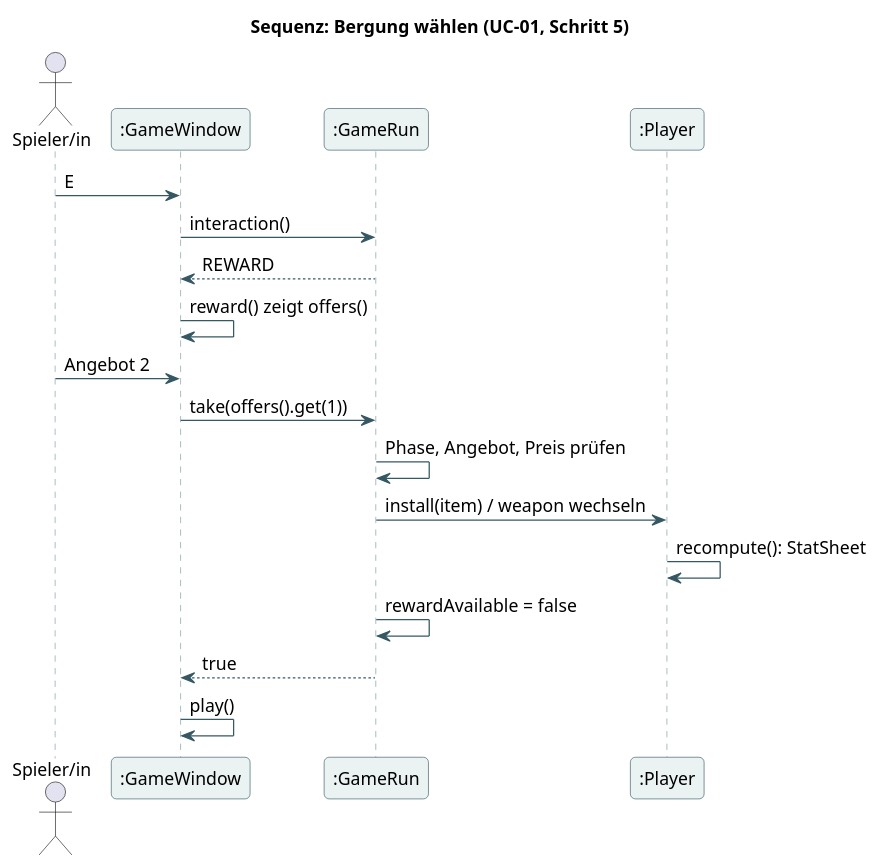
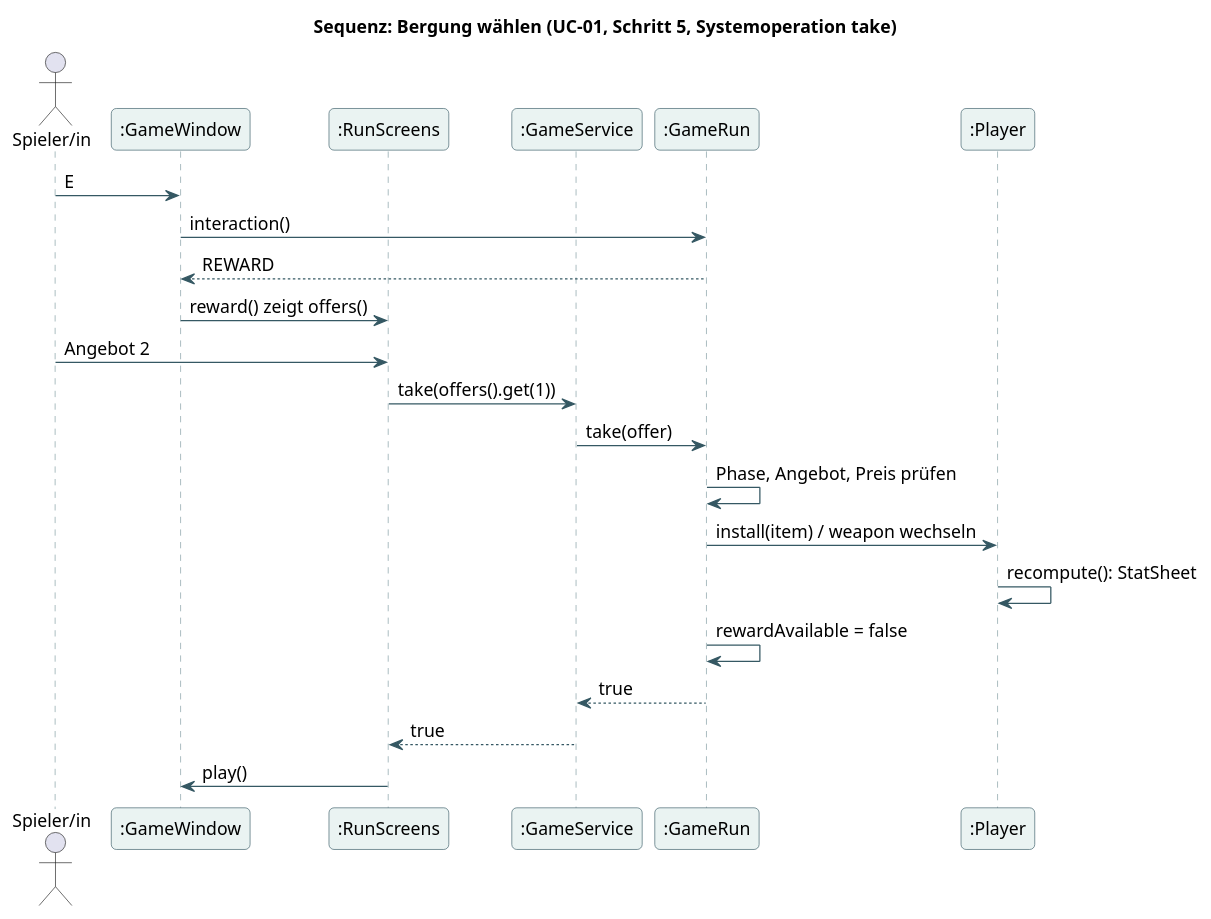
One commit to bassdav2/abyss changed the diagram in docs/diagrams/08-reward-sequence.puml. Above: the diagram before and after it, drawn with PlantUML. The commit also changed 31 other files, not shown here.

```diff
--- a/docs/diagrams/08-reward-sequence.puml
+++ b/docs/diagrams/08-reward-sequence.puml
@@ -1,38 +1,42 @@
 @startuml
 skinparam backgroundColor #FFFFFF
 skinparam defaultFontName Arial
 skinparam defaultFontSize 14
 skinparam shadowing false
 skinparam roundcorner 8
 skinparam ArrowColor #355863
 skinparam classBackgroundColor #EAF3F2
 skinparam classBorderColor #355863
 skinparam participantBackgroundColor #EAF3F2
 skinparam participantBorderColor #355863
 skinparam sequenceLifeLineBorderColor #7A979C
 skinparam noteBackgroundColor #FFF2DA
 skinparam noteBorderColor #D8AA64
 skinparam packageBackgroundColor #F5F8F7
 skinparam packageBorderColor #6E8B91
 skinparam stateBackgroundColor #EAF3F2
 skinparam stateBorderColor #355863
 hide empty members
-title Sequenz: Bergung wählen (UC-01, Schritt 5)
+title Sequenz: Bergung wählen (UC-01, Schritt 5, Systemoperation take)
 actor "Spieler/in" as P
 participant ":GameWindow" as W
+participant ":RunScreens" as U
+participant ":GameService" as S
 participant ":GameRun" as R
 participant ":Player" as Pl
 P -> W : E
 W -> R : interaction()
 R --> W : REWARD
-W -> W : reward() zeigt offers()
-P -> W : Angebot 2
-W -> R : take(offers().get(1))
+W -> U : reward() zeigt offers()
+P -> U : Angebot 2
+U -> S : take(offers().get(1))
+S -> R : take(offer)
 R -> R : Phase, Angebot, Preis prüfen
 R -> Pl : install(item) / weapon wechseln
 Pl -> Pl : recompute(): StatSheet
 R -> R : rewardAvailable = false
-R --> W : true
-W -> W : play()
+R --> S : true
+S --> U : true
+U -> W : play()
 
 @enduml
```
